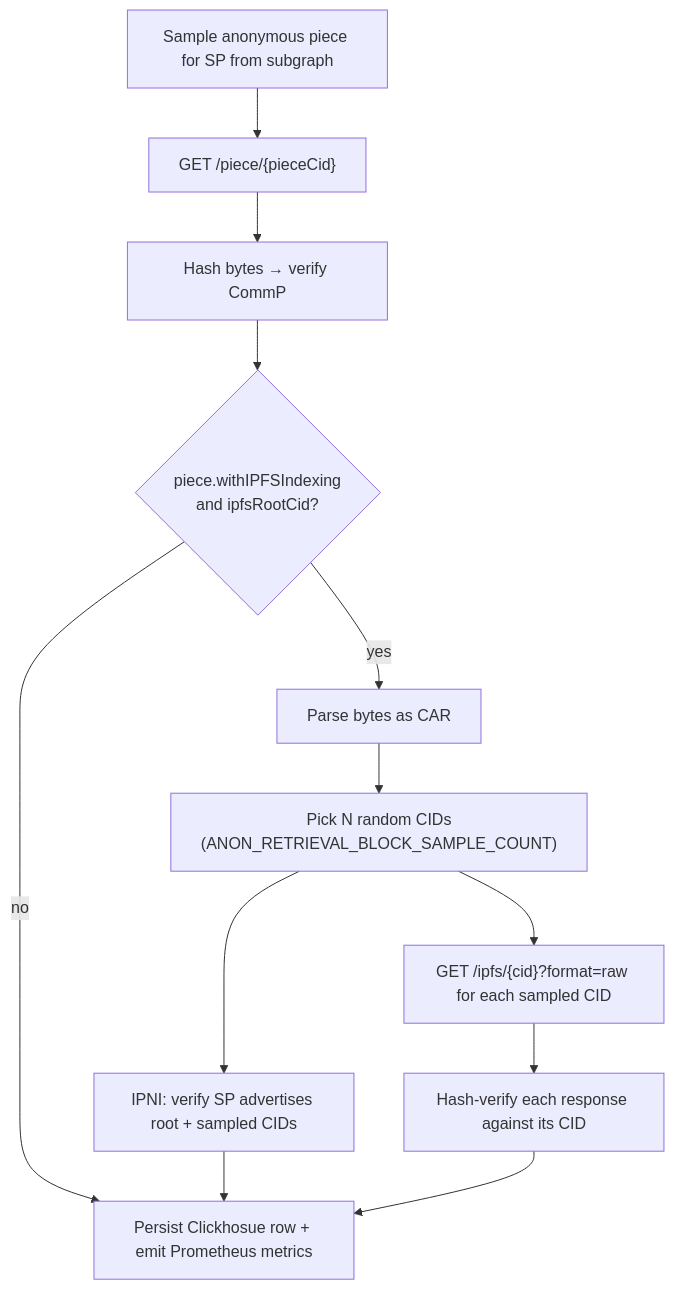
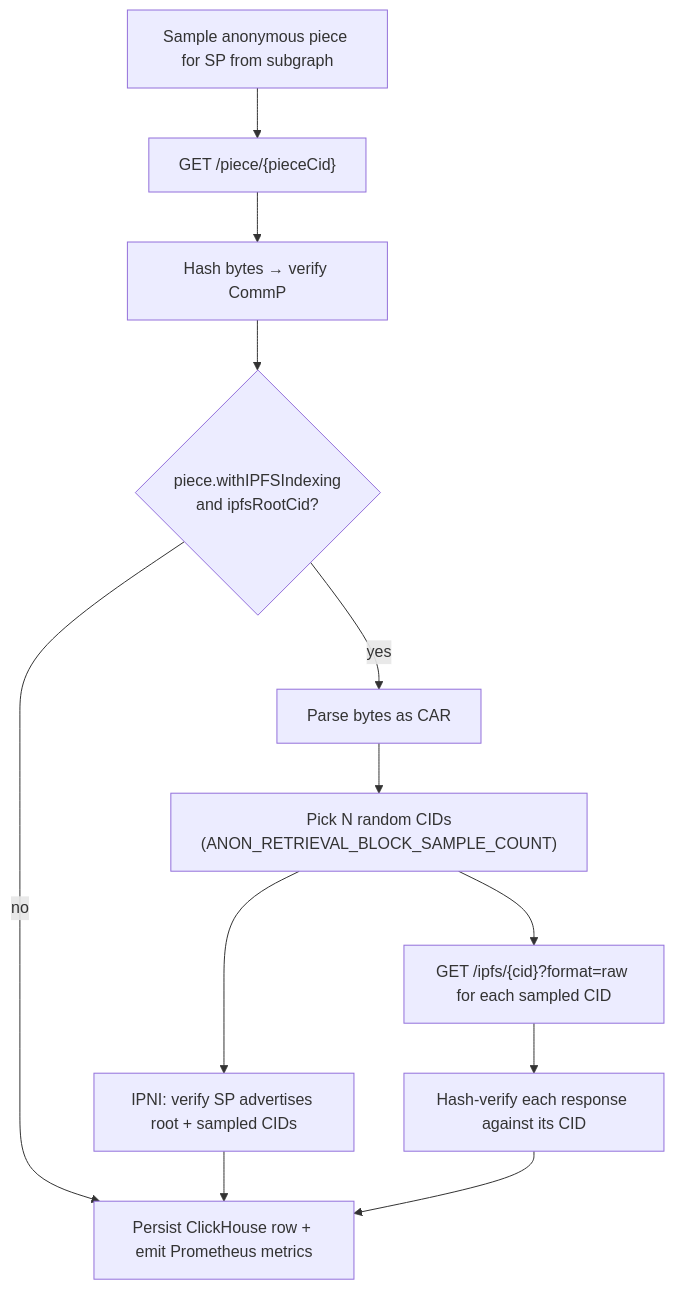
The diagram in docs/checks/anon-retrievals.md (FilOzone/dealbot), drawn with Mermaid before and after one commit. The commit also changed other lines of this file and 2 other files, not shown here.

````diff
--- a/docs/checks/anon-retrievals.md
+++ b/docs/checks/anon-retrievals.md
@@ -57,14 +57,14 @@
 ```mermaid
 flowchart TD
   Select["Sample anonymous piece for SP from subgraph"] --> Fetch["GET /piece/{pieceCid}"]
   Fetch --> CommP["Hash bytes → verify CommP"]
   CommP --> HasIpfs{"piece.withIPFSIndexing<br/>and ipfsRootCid?"}
-  HasIpfs -- "no" --> Record["Persist Clickhosue row + emit Prometheus metrics"]
+  HasIpfs -- "no" --> Record["Persist ClickHouse row + emit Prometheus metrics"]
   HasIpfs -- "yes" --> ParseCar["Parse bytes as CAR"]
   ParseCar --> SampleBlocks["Pick N random CIDs<br/>(ANON_RETRIEVAL_BLOCK_SAMPLE_COUNT)"]
   SampleBlocks --> Ipni["IPNI: verify SP advertises root + sampled CIDs"]
   SampleBlocks --> BlockFetch["GET /ipfs/{cid}?format=raw for each sampled CID"]
   BlockFetch --> HashCheck["Hash-verify each response against its CID"]
   Ipni --> Record
   HashCheck --> Record
 ```
````
